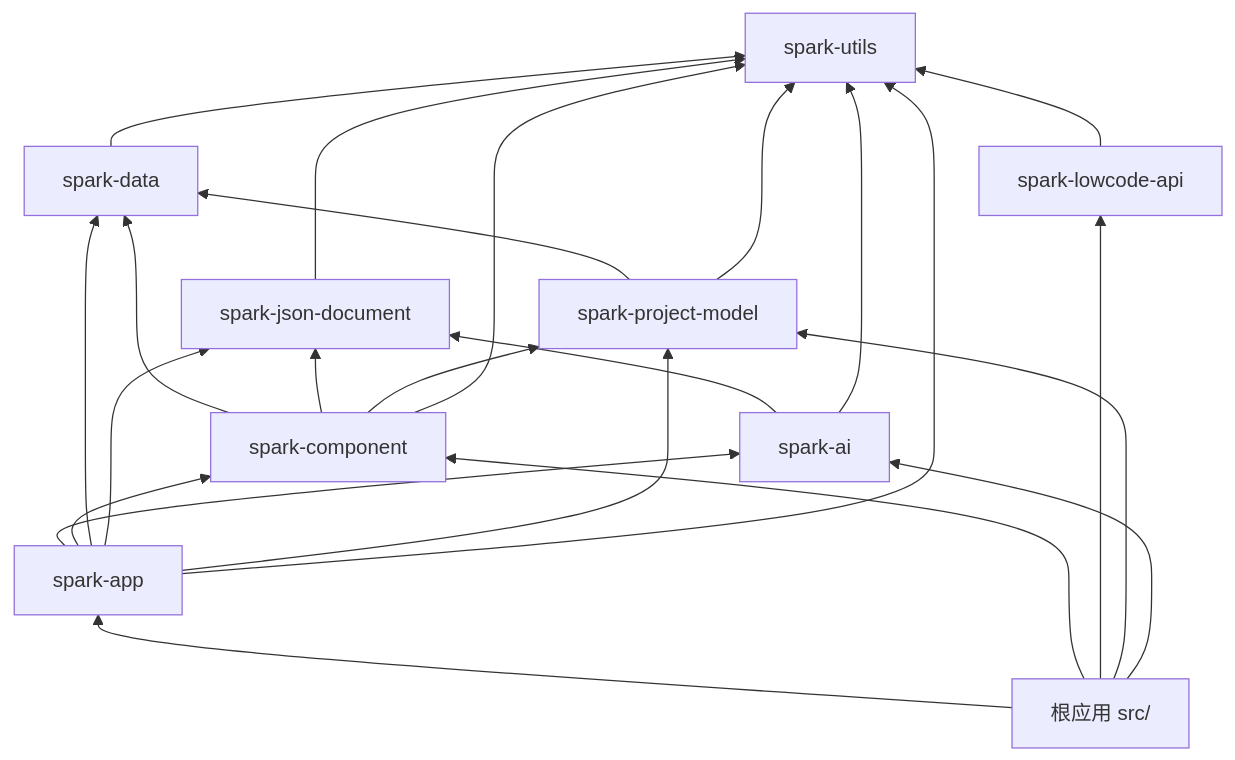
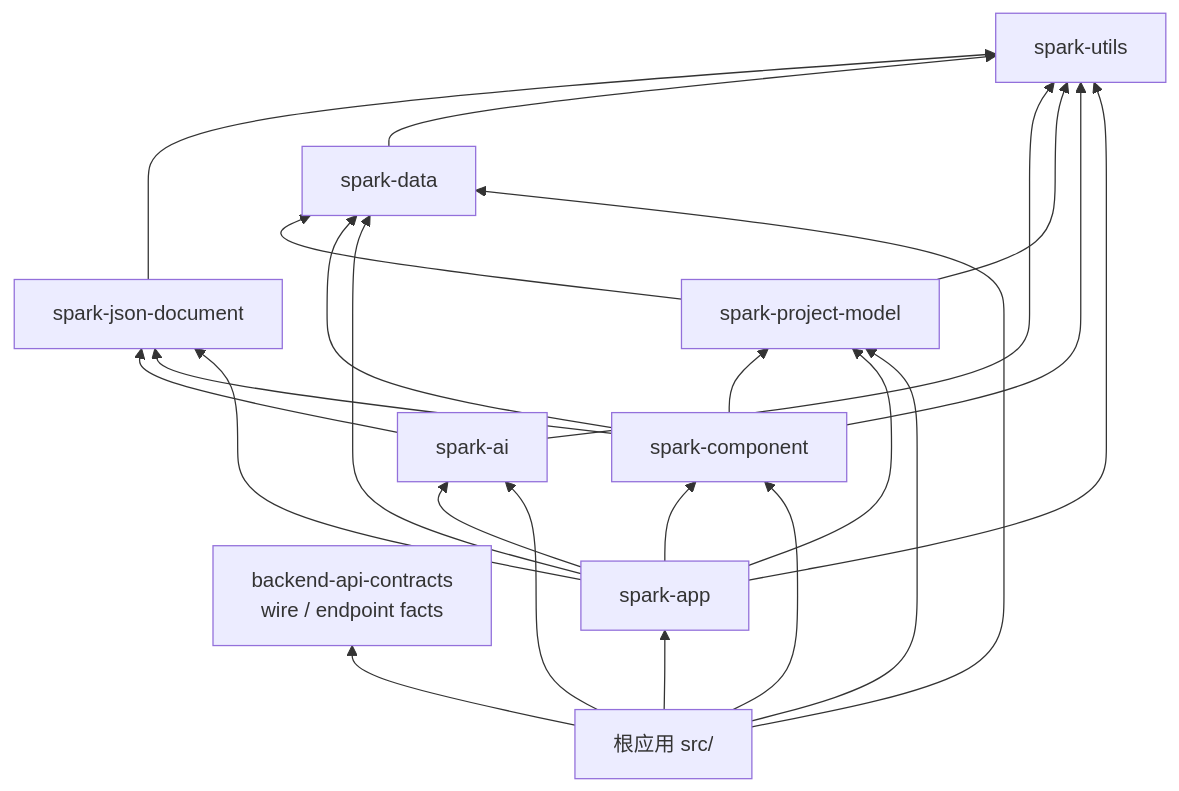
Before and after one commit to LMSpark/APPWORKS: the second of 2 diagrams in docs/architecture/system-architecture.md, drawn with Mermaid. The commit also changed other lines of this file and 12 other files, not shown here.

First line of the commit message:
docs: document lowcode API semantic retirement

````diff
--- a/docs/architecture/system-architecture.md
+++ b/docs/architecture/system-architecture.md
@@ -40,26 +40,27 @@
 ```mermaid
 flowchart BT
   utils["spark-utils"]
   json["spark-json-document"] --> utils
   data["spark-data"] --> utils
-  lowapi["spark-lowcode-api"] --> utils
+  contracts["backend-api-contracts<br/>wire / endpoint facts"]
   ai["spark-ai"] --> json
   ai --> utils
   pm["spark-project-model"] --> data
   pm --> utils
   comp["spark-component"] --> data
   comp --> json
   comp --> pm
   comp --> utils
   app["spark-app"] --> ai
   app --> comp
   app --> data
   app --> json
   app --> pm
   app --> utils
   host["根应用 src/"] --> app
   host --> comp
-  host --> lowapi
+  host --> data
+  host --> contracts
   host --> pm
   host --> ai
 ```
````
